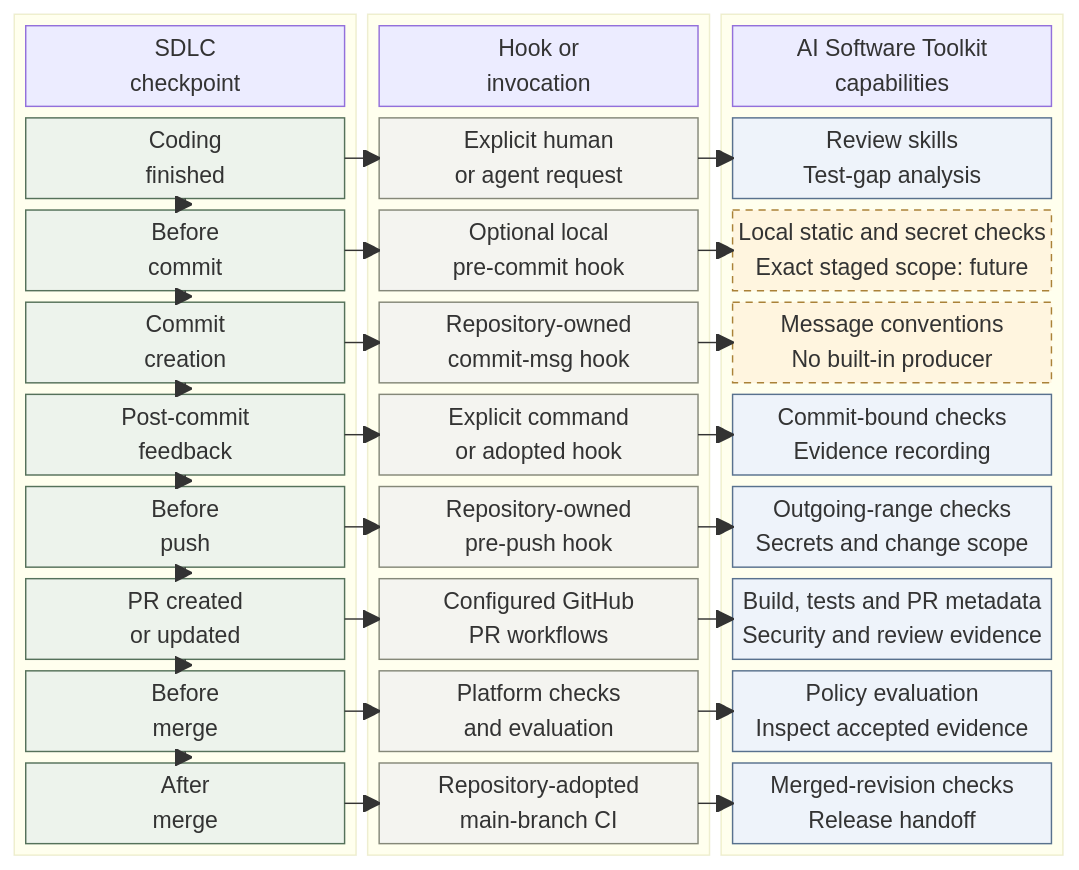
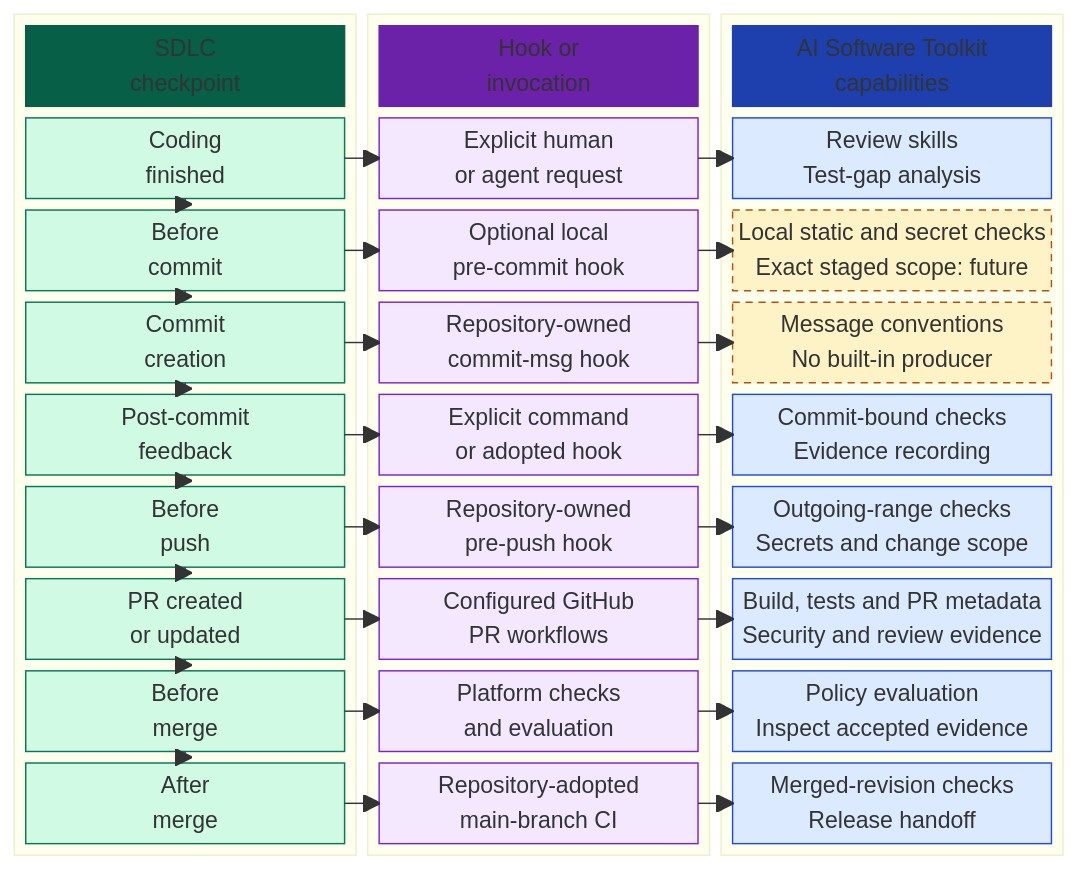
The first of 3 diagrams in README.md (actions-marketplace-validations/ravisingh11_ai-software-toolkit), drawn with Mermaid before and after one commit. The commit also changed other lines of this file and 1 other file, not shown here.

```diff
--- a/README.md
+++ b/README.md
@@ -124,11 +124,18 @@
   P8 --> H8
   H8 --> T8
 
-  classDef stage fill:#edf3ec,stroke:#55715a,color:#243529
-  classDef hook fill:#f4f4f0,stroke:#858879,color:#34372f
-  classDef capability fill:#eef3fa,stroke:#58718e,color:#243549
-  classDef limitation fill:#fff5df,stroke:#aa8238,color:#624b20,stroke-dasharray:5 4
+  classDef stage fill:#d1fae5,stroke:#047857,color:#064e3b
+  classDef hook fill:#f3e8ff,stroke:#7e22ce,color:#581c87
+  classDef capability fill:#dbeafe,stroke:#1d4ed8,color:#172554
+  classDef limitation fill:#fef3c7,stroke:#b45309,color:#78350f,stroke-dasharray:5 4
 
+  classDef stageHeader fill:#065f46,stroke:#065f46,color:#ffffff
+  classDef hookHeader fill:#6b21a8,stroke:#6b21a8,color:#ffffff
+  classDef capabilityHeader fill:#1e40af,stroke:#1e40af,color:#ffffff
+
+  class PH stageHeader
+  class HH hookHeader
+  class TH capabilityHeader
   class P1,P2,P3,P4,P5,P6,P7,P8 stage
   class H1,H2,H3,H4,H5,H6,H7,H8 hook
   class T1,T4,T5,T6,T7,T8 capability
```
